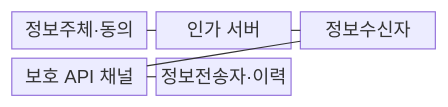
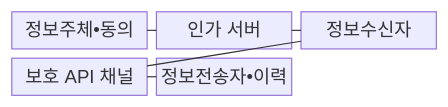
One commit to agnusdei1207/knowledge-base changed the first of 2 diagrams in src/content/docs/notes/05-security/099_mydata_service_security.md. Above: the diagram before and after it, drawn with Mermaid. The commit also changed other lines of this file and 953 other files, not shown here.

````diff
--- a/src/content/docs/notes/05-security/099_mydata_service_security.md
+++ b/src/content/docs/notes/05-security/099_mydata_service_security.md
@@ -60,13 +60,13 @@
 ```mermaid
 block-beta
   columns 3
-  A["정보주체·동의"]
+  A["정보주체•동의"]
   B["인가 서버"]
   C["정보수신자"]
   D["보호 API 채널"]
-  E["정보전송자·이력"]
+  E["정보전송자•이력"]
   A --- B
   B --- C
   C --- D
   D --- E
 ```
````
